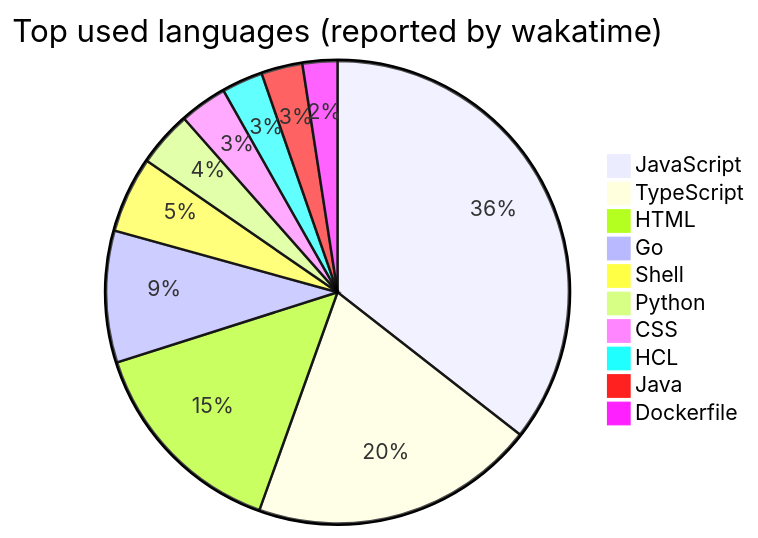
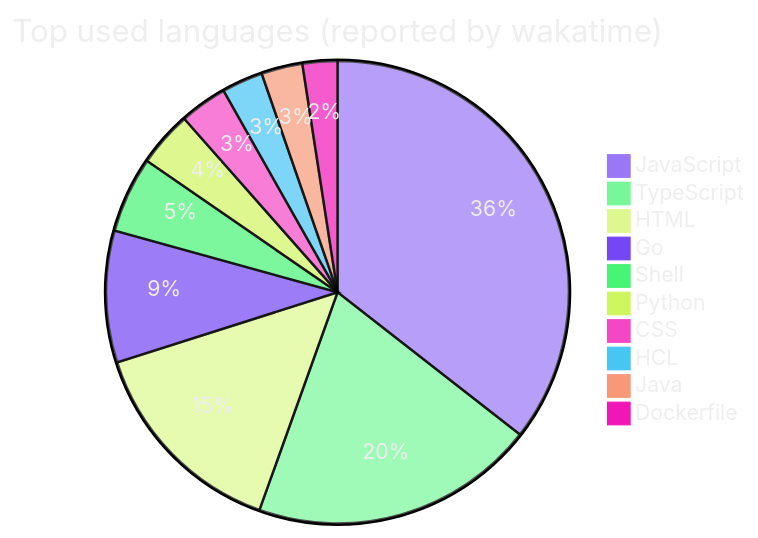
One commit to pmh-only/pmh-only changed the diagram in README.md. Above: the diagram before and after it, drawn with Mermaid. The commit also changed other lines of this file and 1 other file, not shown here.

Commit message:
build: `Fri Aug 29 09:00:38 UTC 2025` commit

````diff
--- a/README.md
+++ b/README.md
@@ -35,13 +35,22 @@
 ``` mermaid
+---
+config:
+  theme: 'base'
+  themeVariables:
+    darkMode: true
+    primaryColor: '#9977F7'
+    pie:
+      pieTitleTextSize: '20px'
+---
 pie title Top used languages (reported by wakatime)
   "JavaScript" : 32.1
   "TypeScript" : 18
   "HTML" : 13.2
   "Go" : 8.3
   "Shell" : 4.8
   "Python" : 3.5
   "CSS" : 3
   "HCL" : 2.6
   "Java" : 2.6
   "Dockerfile" : 2.2
 ```
````
